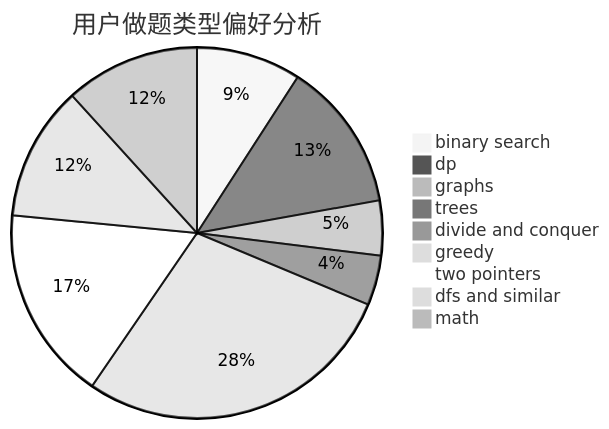
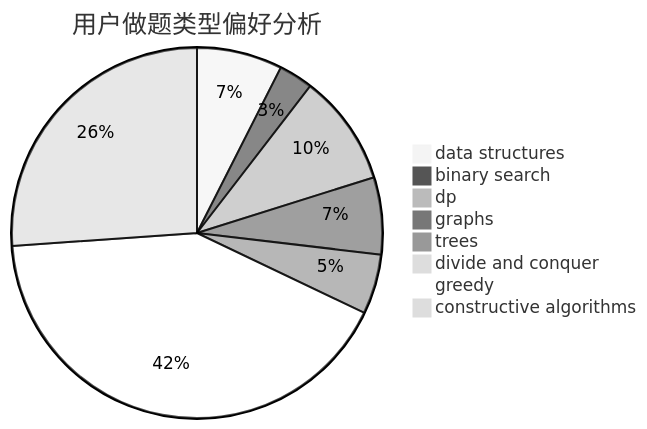
The second of 3 diagrams in docs/user/u1806.md (sherpahu/cfrs.github.io), drawn with Mermaid (neutral theme) before and after one commit. The commit also changed other lines of this file and 2775 other files, not shown here.

````diff
--- a/docs/user/u1806.md
+++ b/docs/user/u1806.md
@@ -23,12 +23,11 @@
 ```mermaid
 pie title 用户做题类型偏好分析
-    "binary search" :  21
-    "dp" :  30
-    "graphs" :  11
-    "trees" :  10
+    "data structures" :  10
+    "binary search" :  4
+    "dp" :  13
+    "graphs" :  9
+    "trees" :  7
     "divide and conquer" :  0
-    "greedy" :  65
-    "two pointers" :  39
-    "dfs and similar" :  27
-    "math" :  27
+    "greedy" :  56
+    "constructive algorithms" :  35
 ```
````
